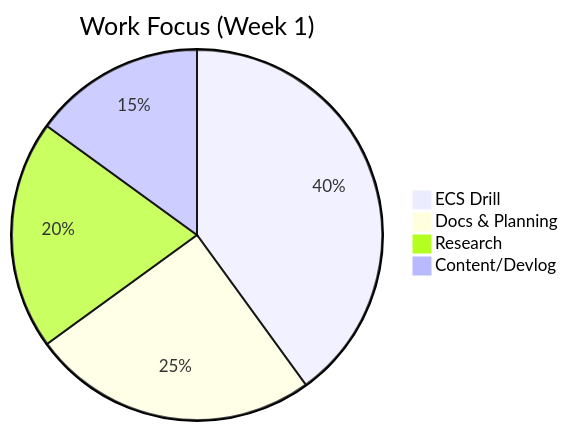
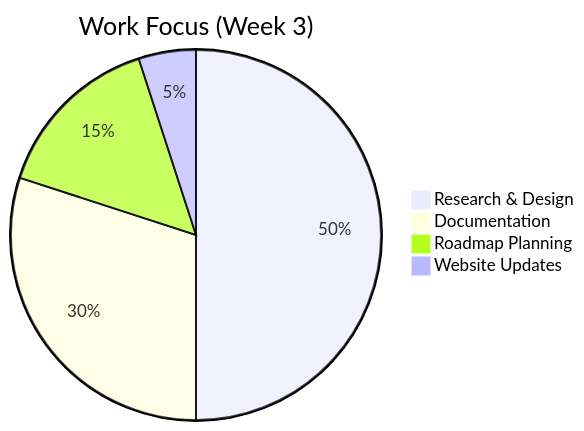
One commit to thatGuyPdeep/quartz changed the third of 3 diagrams in docs/00_Home/Project_Dashboard.md. Above: the diagram before and after it, drawn with Mermaid. The commit also changed other lines of this file and 4 other files, not shown here.

````diff
--- a/docs/00_Home/Project_Dashboard.md
+++ b/docs/00_Home/Project_Dashboard.md
@@ -55,7 +56,7 @@
 ```mermaid
-pie title Work Focus (Week 1)
-  "ECS Drill" : 40
-  "Docs & Planning" : 25
-  "Research" : 20
-  "Content/Devlog" : 15
+pie title Work Focus (Week 3)
+  "Research & Design" : 50
+  "Documentation" : 30
+  "Roadmap Planning" : 15
+  "Website Updates" : 5
 ```
````
